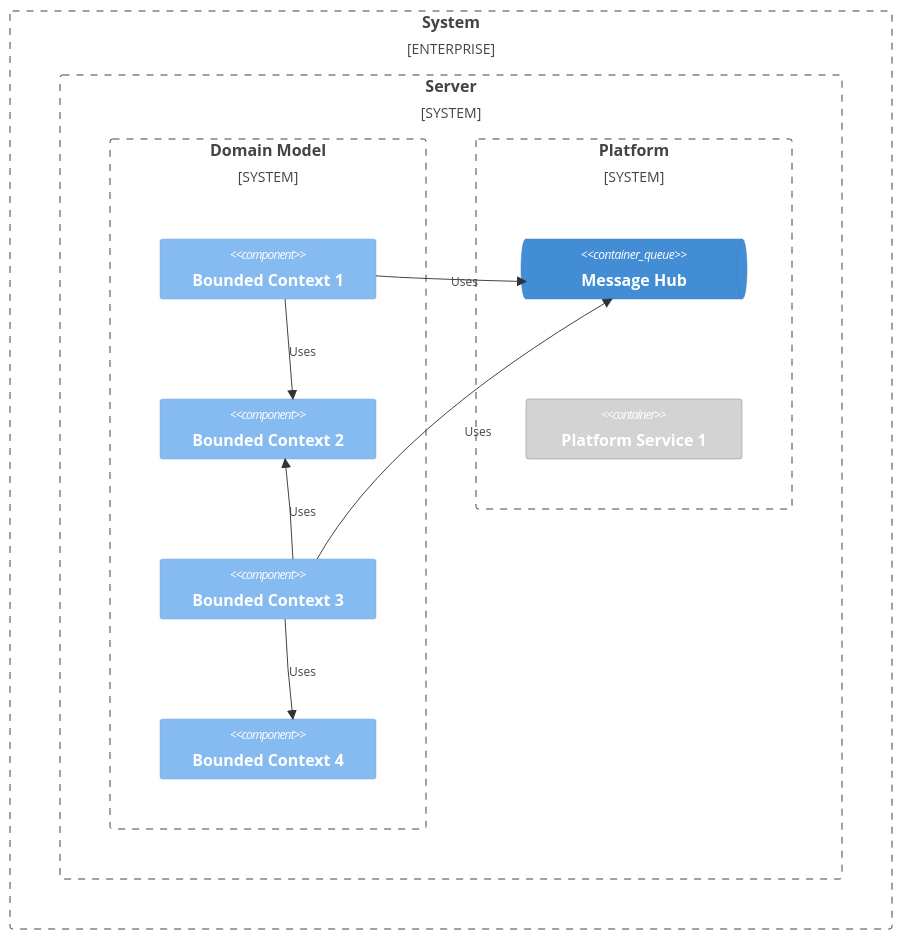
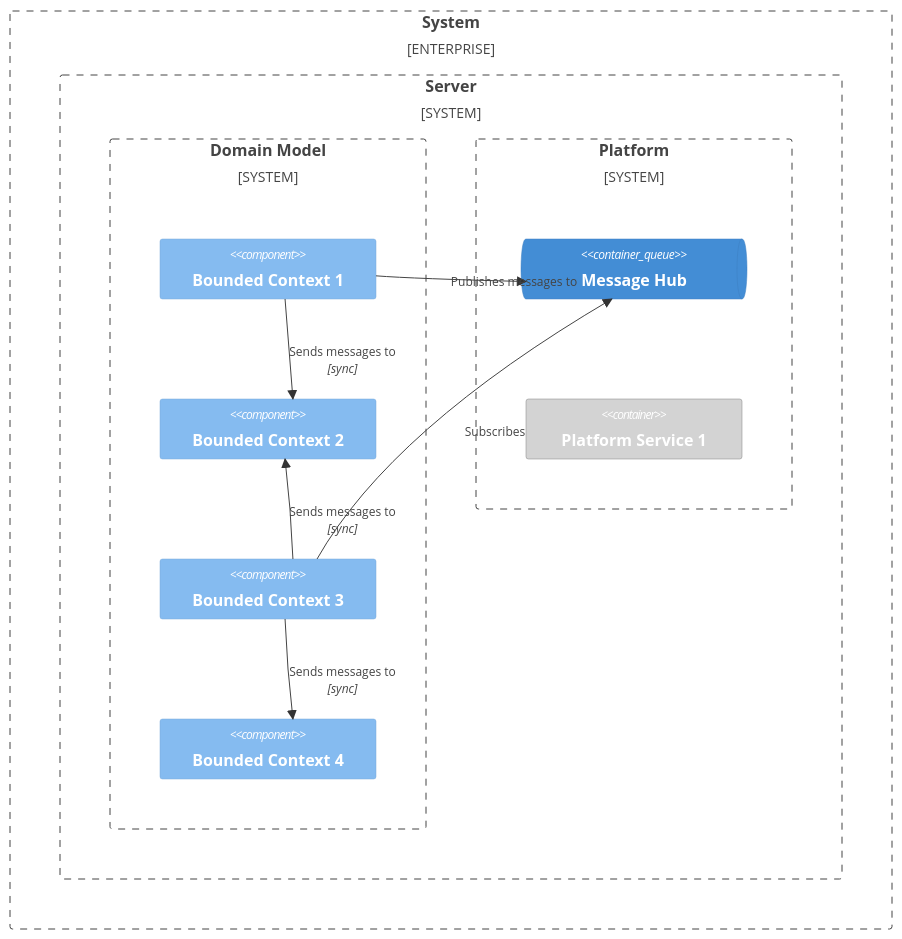
Before and after one commit to gyuwon/ArchitecturalRunwayGuidelines: the fourth of 27 diagrams in README.md, drawn with Mermaid. The commit also changed other lines of this file, not shown here.

````diff
--- a/README.md
+++ b/README.md
@@ -195,29 +166,29 @@
 ```mermaid
 C4Context
 
 Enterprise_Boundary(wb, "System") {
   System_Boundary(sb, "Server") {
     System_Boundary(dmb, "Domain Model") {
       Component(bc1, "Bounded Context 1")
       Component(bc2, "Bounded Context 2")
       Component(bc3, "Bounded Context 3")
       Component(bc4, "Bounded Context 4")
     }
     System_Boundary(pb, "Platform") {
       ContainerQueue(mh, "Message Hub")
       Container(fs1, "Platform Service 1")
     }
   }
 }
 
-Rel(bc1, bc2, "Uses")
-Rel(bc3, bc2, "Uses")
-Rel(bc3, bc4, "Uses")
+Rel(bc1, bc2, "Sends messages to", "sync")
+Rel(bc3, bc2, "Sends messages to", "sync")
+Rel(bc3, bc4, "Sends messages to", "sync")
 
-Rel(bc1, mh, "Uses")
-Rel(bc3, mh, "Uses")
+Rel(bc1, mh, "Publishes messages to")
+Rel(bc3, mh, "Subscribes")
 
 UpdateLayoutConfig($c4ShapeInRow="3", $c4BoundaryInRow="3")
 
 UpdateElementStyle(fs1, $bgColor="lightgrey", $borderColor="grey")
 ```
````
